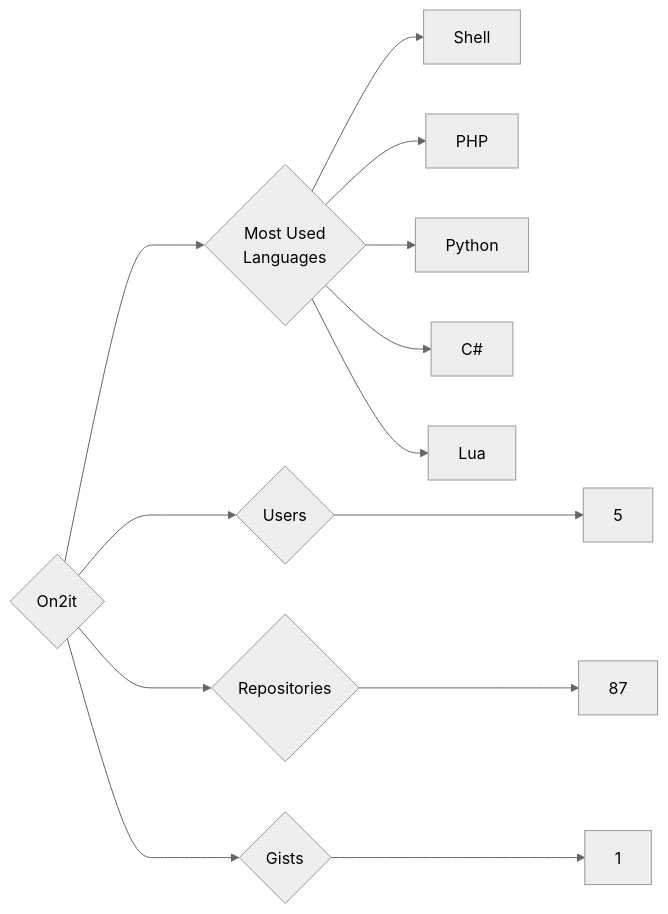
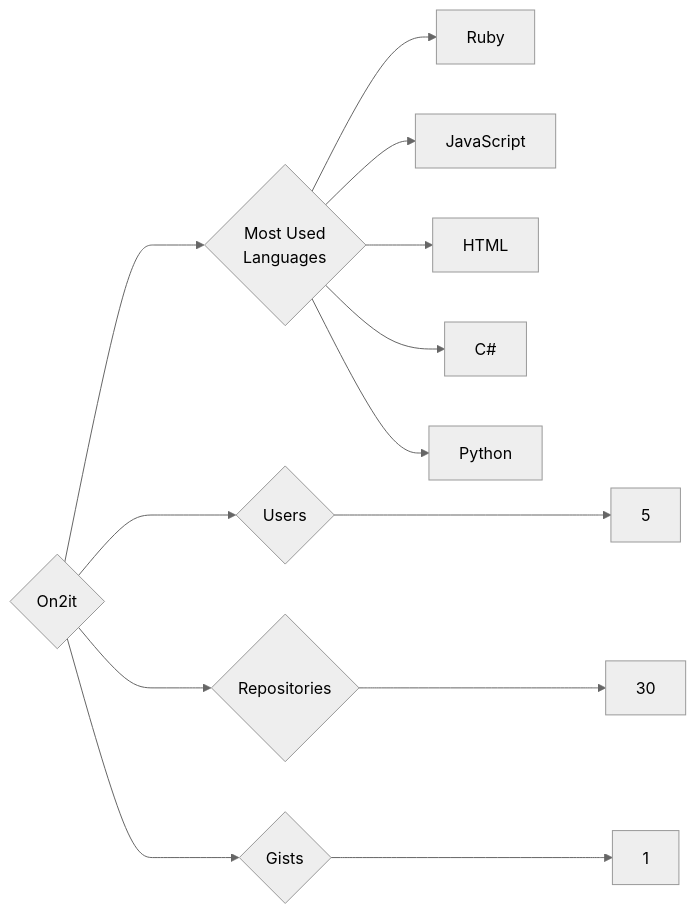
One commit to trickest/insiders changed the diagram in targets/On2it/README.md. Above: the diagram before and after it, drawn with Mermaid (neutral theme). The commit also changed 823 other files, not shown here.

````diff
--- a/targets/On2it/README.md
+++ b/targets/On2it/README.md
@@ -3,13 +3,13 @@
 ```mermaid
 graph LR
 COMPANY_NAME{On2it}
 COMPANY_NAME ---> U{Users} ---> UN[5]
-COMPANY_NAME ---> R{Repositories} ---> RN[87]
+COMPANY_NAME ---> R{Repositories} ---> RN[30]
 COMPANY_NAME ---> G{Gists} ---> GN[1]
 COMPANY_NAME ---> ML{Most Used<br>Languages}
-ML --> Shell[Shell]
-ML --> PHP[PHP]
+ML --> Ruby[Ruby]
+ML --> JavaScript[JavaScript]
+ML --> HTML[HTML]
+ML --> C#[C#]
 ML --> Python[Python]
-ML --> C#[C#]
-ML --> Lua[Lua]
 ```
````
